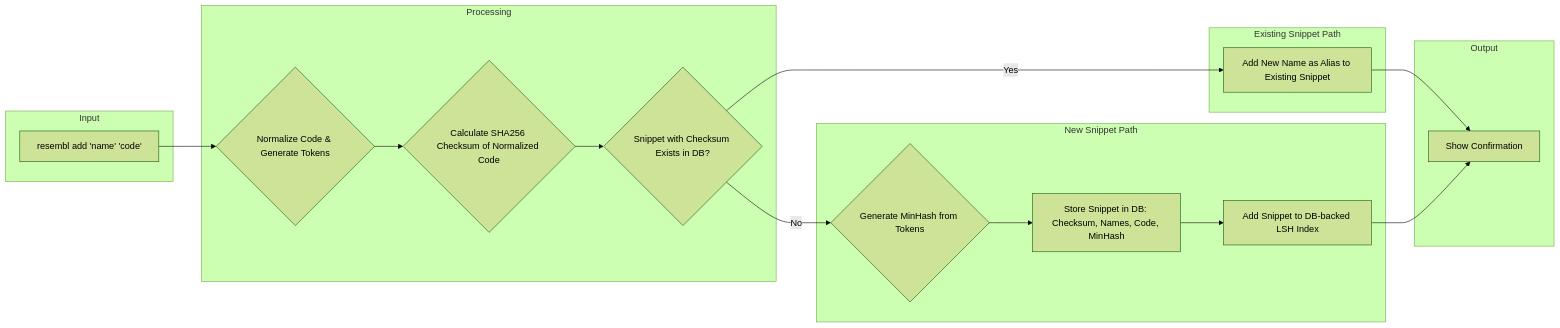
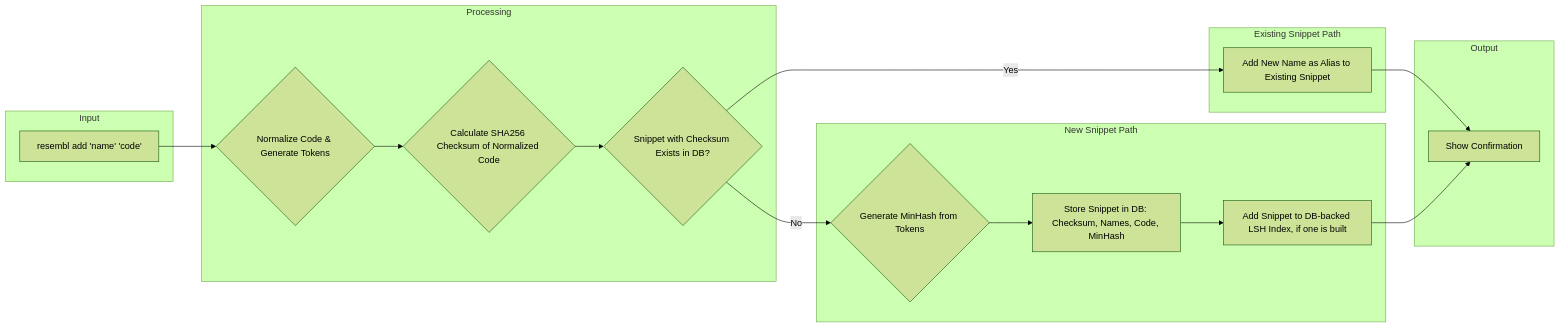
The first of 4 diagrams in docs/flowcharts.md (maci0/resembl), drawn with Mermaid (forest theme) before and after one commit. The commit also changed 15 other files, not shown here.

````diff
--- a/docs/flowcharts.md
+++ b/docs/flowcharts.md
@@ -9,29 +9,29 @@
 ```mermaid
 graph LR
     subgraph "Input"
         A[resembl add 'name' 'code']
     end
 
     subgraph "Processing"
         B{Normalize Code & Generate Tokens}
         C{Calculate SHA256 Checksum of Normalized Code}
         D{Snippet with Checksum Exists in DB?}
     end
 
     subgraph "Existing Snippet Path"
         D -- Yes --> E[Add New Name as Alias to Existing Snippet]
     end
 
     subgraph "New Snippet Path"
         D -- No --> F{Generate MinHash from Tokens}
         F --> G[Store Snippet in DB: Checksum, Names, Code, MinHash]
-        G --> H[Add Snippet to DB-backed LSH Index]
+        G --> H[Add Snippet to DB-backed LSH Index, if one is built]
     end
 
     subgraph "Output"
         E --> I[Show Confirmation]
         H --> I
     end
 
     A --> B --> C --> D
 ```
````
